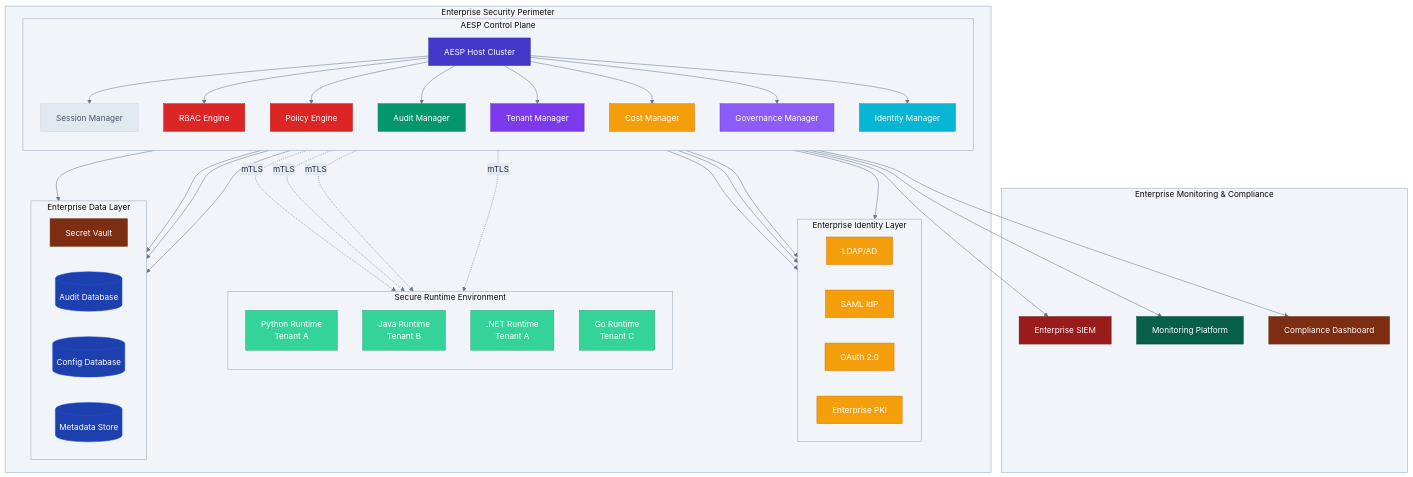
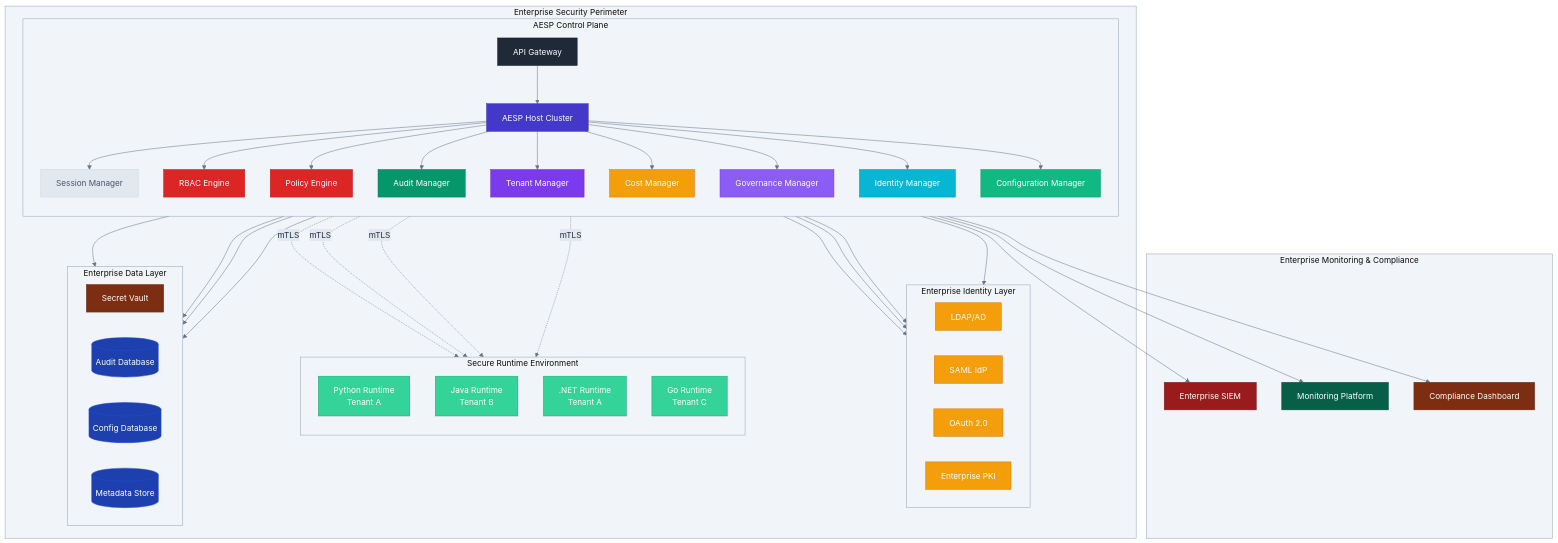
Before and after one commit to nshkrdotcom/ALTAR: the diagram in .kiro/specs/altar-enterprise-security/design.md, drawn with Mermaid. The commit also changed other lines of this file and 1 other file, not shown here.

```diff
--- a/.kiro/specs/altar-enterprise-security/design.md
+++ b/.kiro/specs/altar-enterprise-security/design.md
@@ -52,6 +52,7 @@
     subgraph "Enterprise Security Perimeter"
         subgraph "AESP Control Plane"
             direction TB
+            GATEWAY[API Gateway]
             HOST[AESP Host Cluster]
             SM[Session Manager]
             RBAC[RBAC Engine]
@@ -61,7 +62,9 @@
             CM[Cost Manager]
             GM[Governance Manager]
             IM[Identity Manager]
+            CONFIG[Configuration Manager]
             
+            style GATEWAY fill:#1f2937,stroke:#111827,color:#ffffff,fontWeight:bold
             style HOST fill:#4338ca,stroke:#3730a3,color:#ffffff,fontWeight:bold
             style SM fill:#e2e8f0,stroke:#cbd5e1,color:#475569
             style RBAC fill:#dc2626,stroke:#b91c1c,color:#ffffff
@@ -71,6 +74,7 @@
             style CM fill:#f59e0b,stroke:#d97706,color:#ffffff
             style GM fill:#8b5cf6,stroke:#7c3aed,color:#ffffff
             style IM fill:#06b6d4,stroke:#0891b2,color:#ffffff
+            style CONFIG fill:#10b981,stroke:#059669,color:#ffffff
         end
         
         subgraph "Enterprise Identity Layer"
@@ -124,6 +128,7 @@
     end
     
     %% Connections
+    GATEWAY --> HOST
     HOST --> SM
     HOST --> RBAC
     HOST --> PE
@@ -132,6 +137,7 @@
     HOST --> CM
     HOST --> GM
     HOST --> IM
+    HOST --> CONFIG
     
     RBAC --> LDAP
     RBAC --> SAML
```
